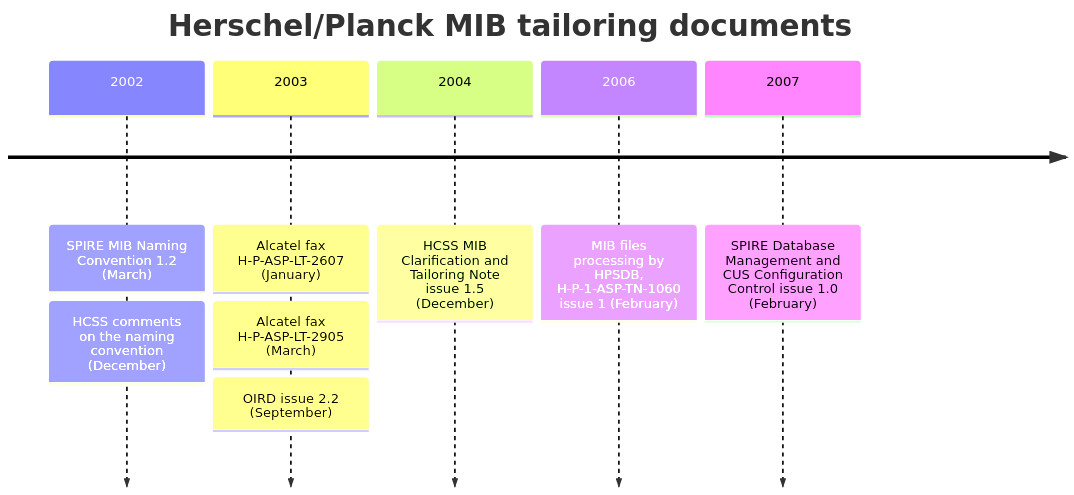
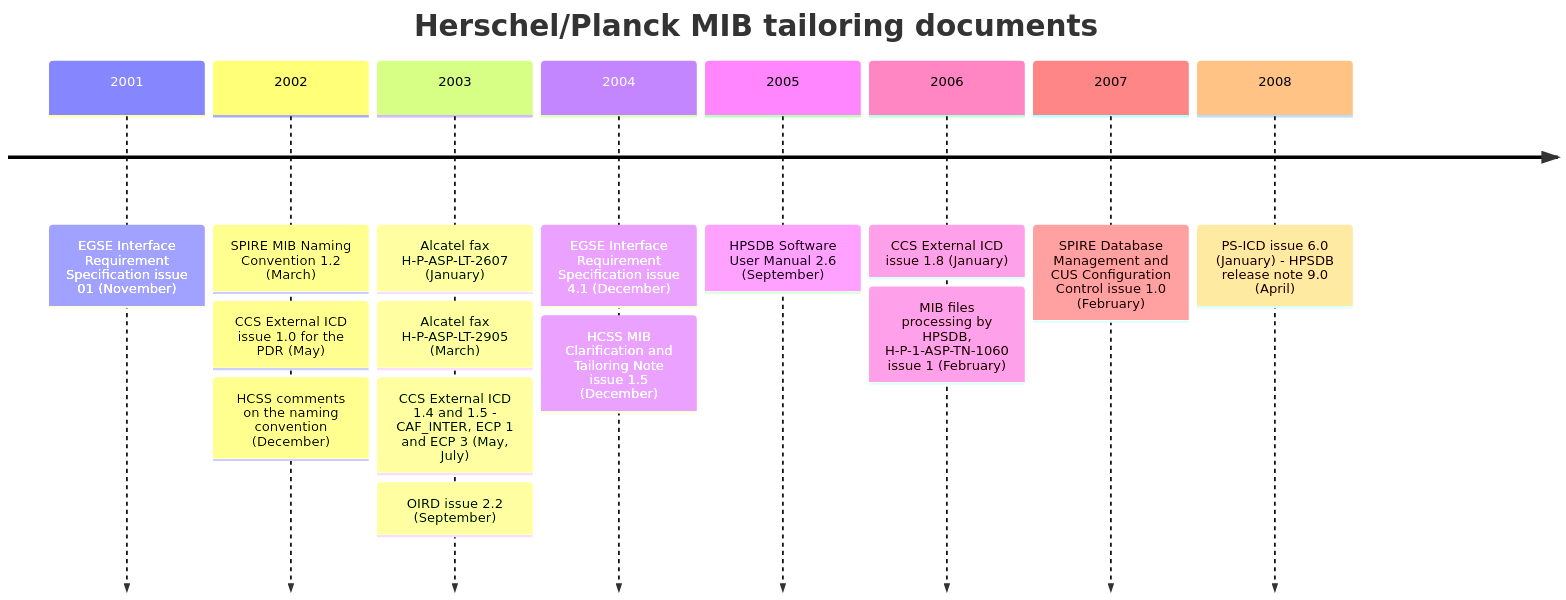
One commit to feiteira/OPEN-SPACE-INFO changed the second of 3 diagrams in docs/mib/tailoring.md. Above: the diagram before and after it, drawn with Mermaid. The commit also changed other lines of this file and 1311 other files, not shown here.

````diff
--- a/docs/mib/tailoring.md
+++ b/docs/mib/tailoring.md
@@ -59,12 +65,19 @@
 ```mermaid
 timeline
     title Herschel/Planck MIB tailoring documents
+    2001 : EGSE Interface Requirement Specification issue 01 (November)
     2002 : SPIRE MIB Naming Convention 1.2 (March)
+         : CCS External ICD issue 1.0 for the PDR (May)
          : HCSS comments on the naming convention (December)
     2003 : Alcatel fax H-P-ASP-LT-2607 (January)
          : Alcatel fax H-P-ASP-LT-2905 (March)
+         : CCS External ICD 1.4 and 1.5 - CAF_INTER, ECP 1 and ECP 3 (May, July)
          : OIRD issue 2.2 (September)
-    2004 : HCSS MIB Clarification and Tailoring Note issue 1.5 (December)
-    2006 : MIB files processing by HPSDB, H-P-1-ASP-TN-1060 issue 1 (February)
+    2004 : EGSE Interface Requirement Specification issue 4.1 (December)
+         : HCSS MIB Clarification and Tailoring Note issue 1.5 (December)
+    2005 : HPSDB Software User Manual 2.6 (September)
+    2006 : CCS External ICD issue 1.8 (January)
+         : MIB files processing by HPSDB, H-P-1-ASP-TN-1060 issue 1 (February)
     2007 : SPIRE Database Management and CUS Configuration Control issue 1.0 (February)
+    2008 : PS-ICD issue 6.0 (January) - HPSDB release note 9.0 (April)
 ```
````
